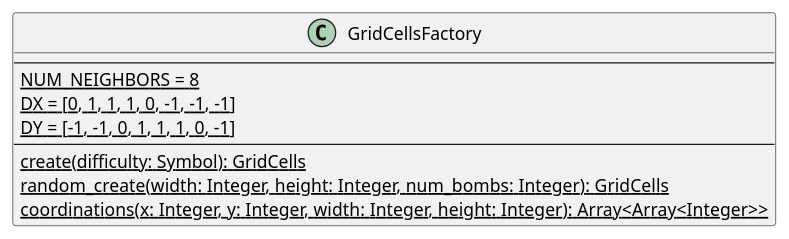
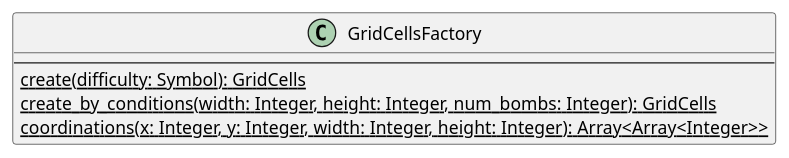
Before and after one commit to Yuhi-Sato/minesweeper: the diagram in diagrams/grid_cells_factory_class.plantuml, drawn with PlantUML. The commit also changed 10 other files, not shown here.

```diff
--- a/diagrams/grid_cells_factory_class.plantuml
+++ b/diagrams/grid_cells_factory_class.plantuml
@@ -1,14 +1,10 @@
 @startuml grid_cells_factory_class
 
 class GridCellsFactory {
     --
-    {static} NUM_NEIGHBORS = 8
-    {static} DX = [0, 1, 1, 1, 0, -1, -1, -1]
-    {static} DY = [-1, -1, 0, 1, 1, 1, 0, -1]
-    --
     {static} create(difficulty: Symbol): GridCells
-    {static} random_create(width: Integer, height: Integer, num_bombs: Integer): GridCells
+    {static} create_by_conditions(width: Integer, height: Integer, num_bombs: Integer): GridCells
     {static} coordinations(x: Integer, y: Integer, width: Integer, height: Integer): Array<Array<Integer>>
 }
 
 @enduml 
```
